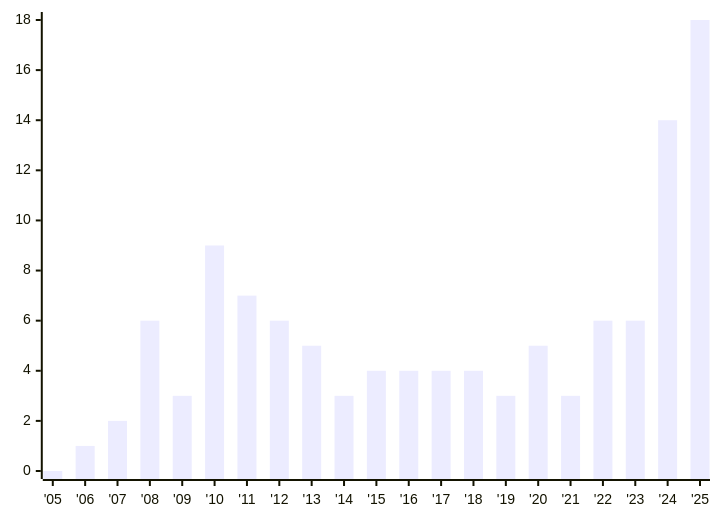
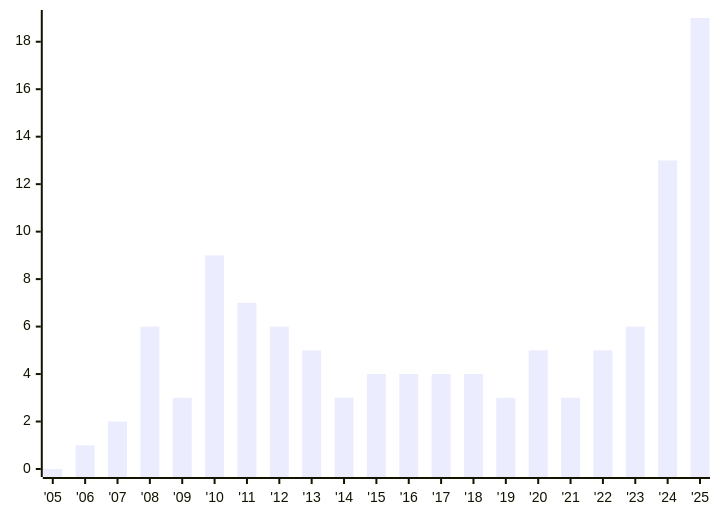
One commit to austrellum/navigator changed the second of 4 diagrams in index.stats.md. Above: the diagram before and after it, drawn with Mermaid. The commit also changed other lines of this file and 8 other files, not shown here.

````diff
--- a/index.stats.md
+++ b/index.stats.md
@@ -18,6 +18,6 @@
 ```mermaid
 xychart-beta
   x-axis ["'05","'06","'07","'08","'09","'10","'11","'12","'13","'14","'15","'16","'17","'18","'19","'20","'21","'22","'23","'24","'25"]
-  y-axis 0 --> 18
-  bar [0,1,2,6,3,9,7,6,5,3,4,4,4,4,3,5,3,6,6,14,18]
+  y-axis 0 --> 19
+  bar [0,1,2,6,3,9,7,6,5,3,4,4,4,4,3,5,3,5,6,13,19]
 ```
````
